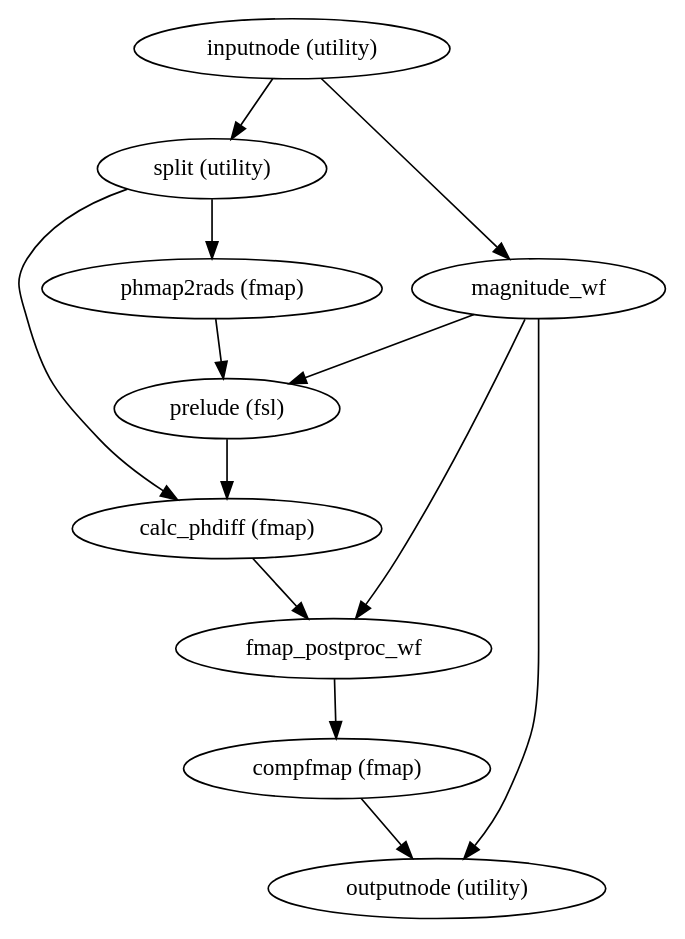
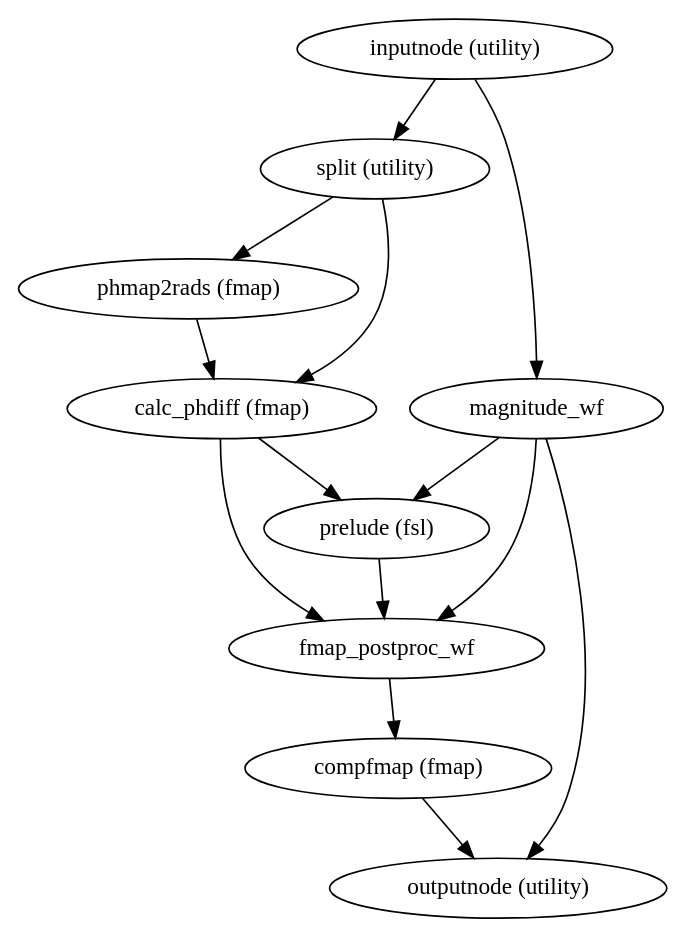
One commit to wayne009007/sdcflows changed the diagram in 1.0.0/wf_directive/api/phdiff_wf/sdcflows-workflows-phdiff-1.dot. Above: the diagram before and after it, drawn with Graphviz. The commit also changed 636 other files, not shown here.

```diff
--- a/1.0.0/wf_directive/api/phdiff_wf/sdcflows-workflows-phdiff-1.dot
+++ b/1.0.0/wf_directive/api/phdiff_wf/sdcflows-workflows-phdiff-1.dot
@@ -1,23 +1,24 @@
 strict digraph  {
 "inputnode (utility)";
 "split (utility)";
 magnitude_wf;
 "phmap2rads (fmap)";
 "calc_phdiff (fmap)";
 "prelude (fsl)";
 fmap_postproc_wf;
 "outputnode (utility)";
 "compfmap (fmap)";
 "inputnode (utility)" -> "split (utility)";
 "inputnode (utility)" -> magnitude_wf;
 "split (utility)" -> "phmap2rads (fmap)";
 "split (utility)" -> "calc_phdiff (fmap)";
 magnitude_wf -> "prelude (fsl)";
 magnitude_wf -> fmap_postproc_wf;
 magnitude_wf -> "outputnode (utility)";
-"phmap2rads (fmap)" -> "prelude (fsl)";
+"phmap2rads (fmap)" -> "calc_phdiff (fmap)";
+"calc_phdiff (fmap)" -> "prelude (fsl)";
 "calc_phdiff (fmap)" -> fmap_postproc_wf;
-"prelude (fsl)" -> "calc_phdiff (fmap)";
+"prelude (fsl)" -> fmap_postproc_wf;
 fmap_postproc_wf -> "compfmap (fmap)";
 "compfmap (fmap)" -> "outputnode (utility)";
 }
```
